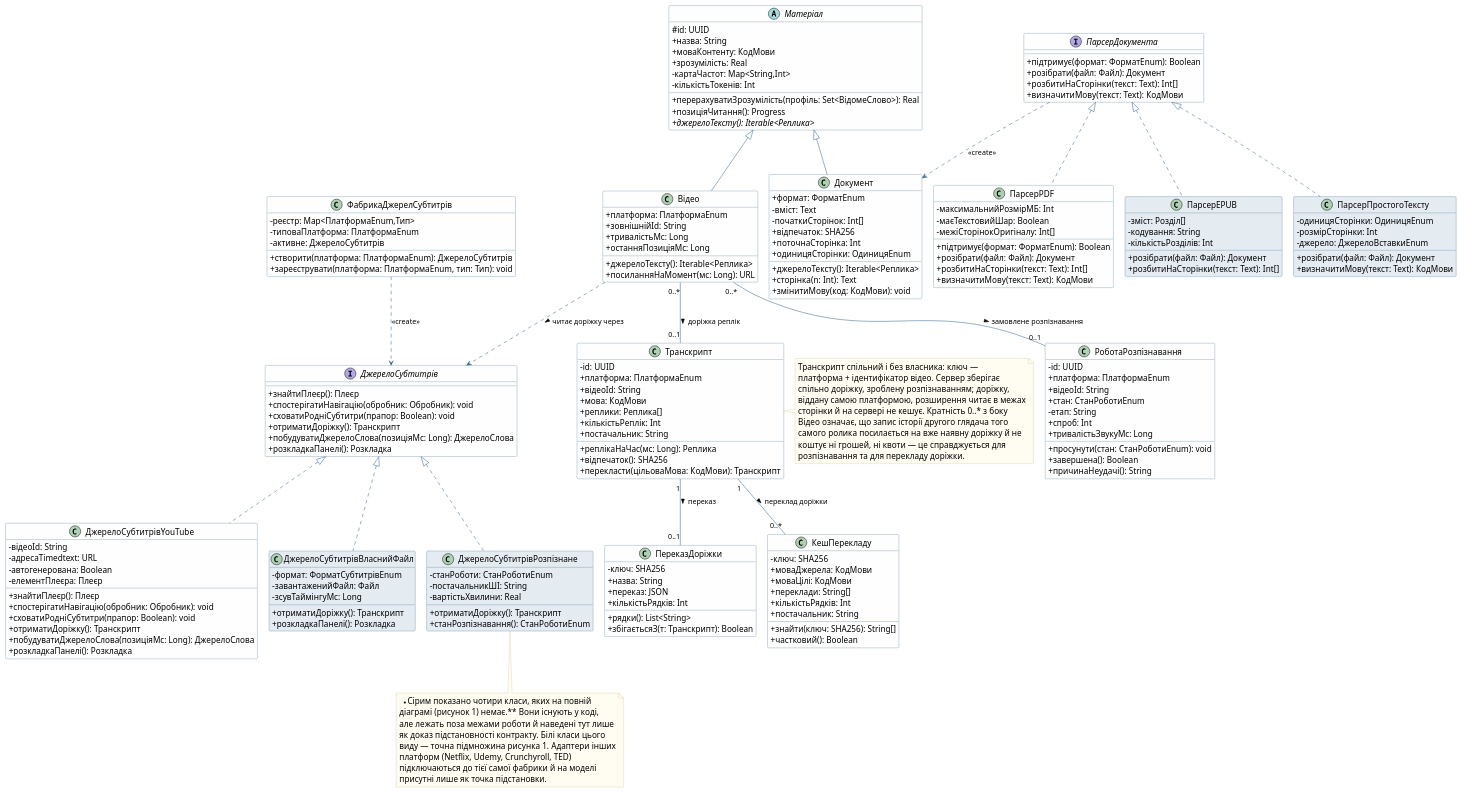
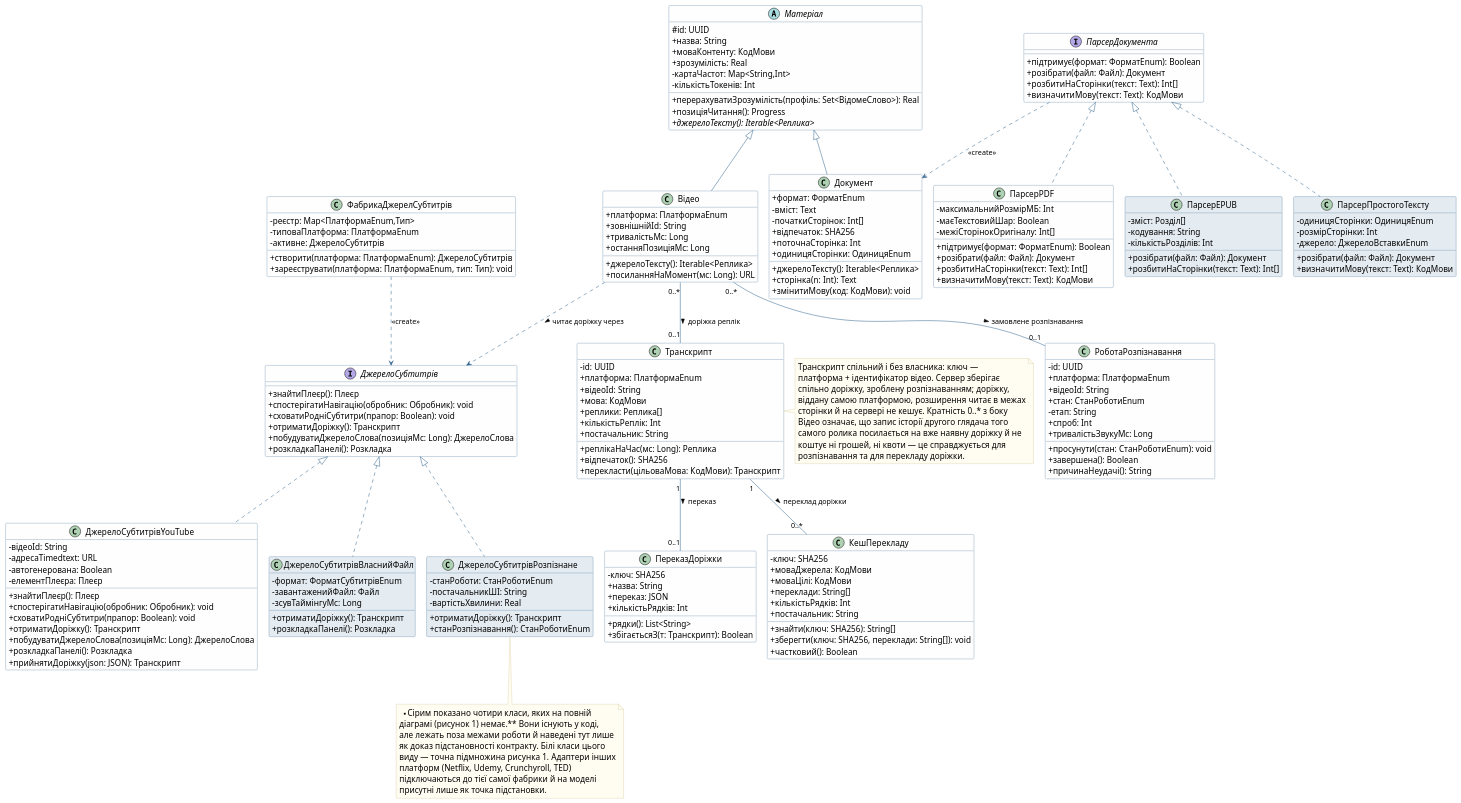
Before and after one commit to vt232kod-debug/software-modeling: the diagram in lab02_classes/classes_view3.puml, drawn with PlantUML. The commit also changed 52 other files, not shown here.

```diff
--- a/lab02_classes/classes_view3.puml
+++ b/lab02_classes/classes_view3.puml
@@ -100,6 +100,7 @@
   + кількістьРядків: Int
   + постачальник: String
   + знайти(ключ: SHA256): String[]
+  + зберегти(ключ: SHA256, переклади: String[]): void
   + частковий(): Boolean
 }
 
@@ -123,6 +124,7 @@
   + отриматиДоріжку(): Транскрипт
   + побудуватиДжерелоСлова(позиціяМс: Long): ДжерелоСлова
   + розкладкаПанелі(): Розкладка
+  + прийнятиДоріжку(json: JSON): Транскрипт
 }
 
 class ДжерелоСубтитрівВласнийФайл #E4EBF1 {
```
